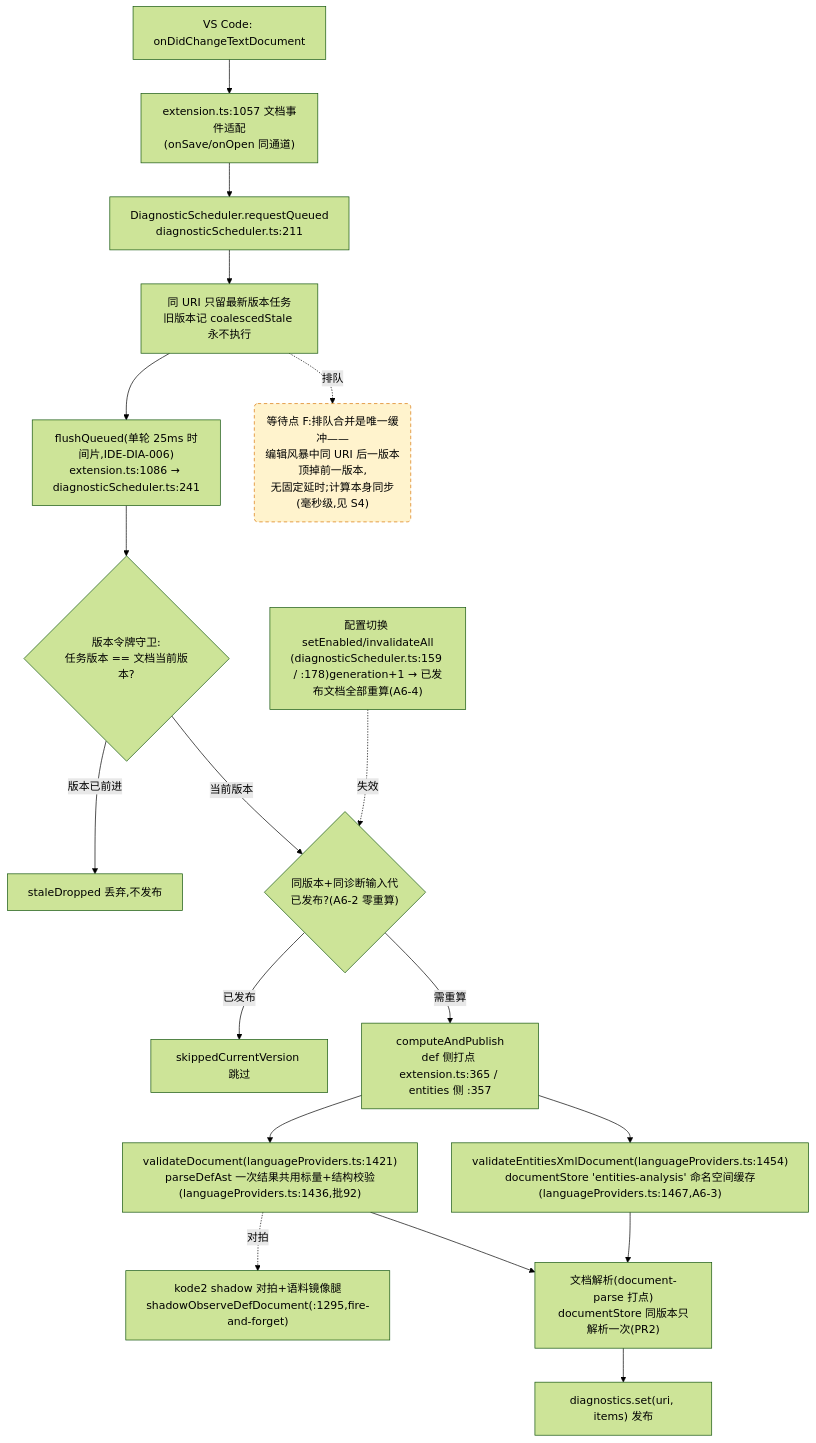
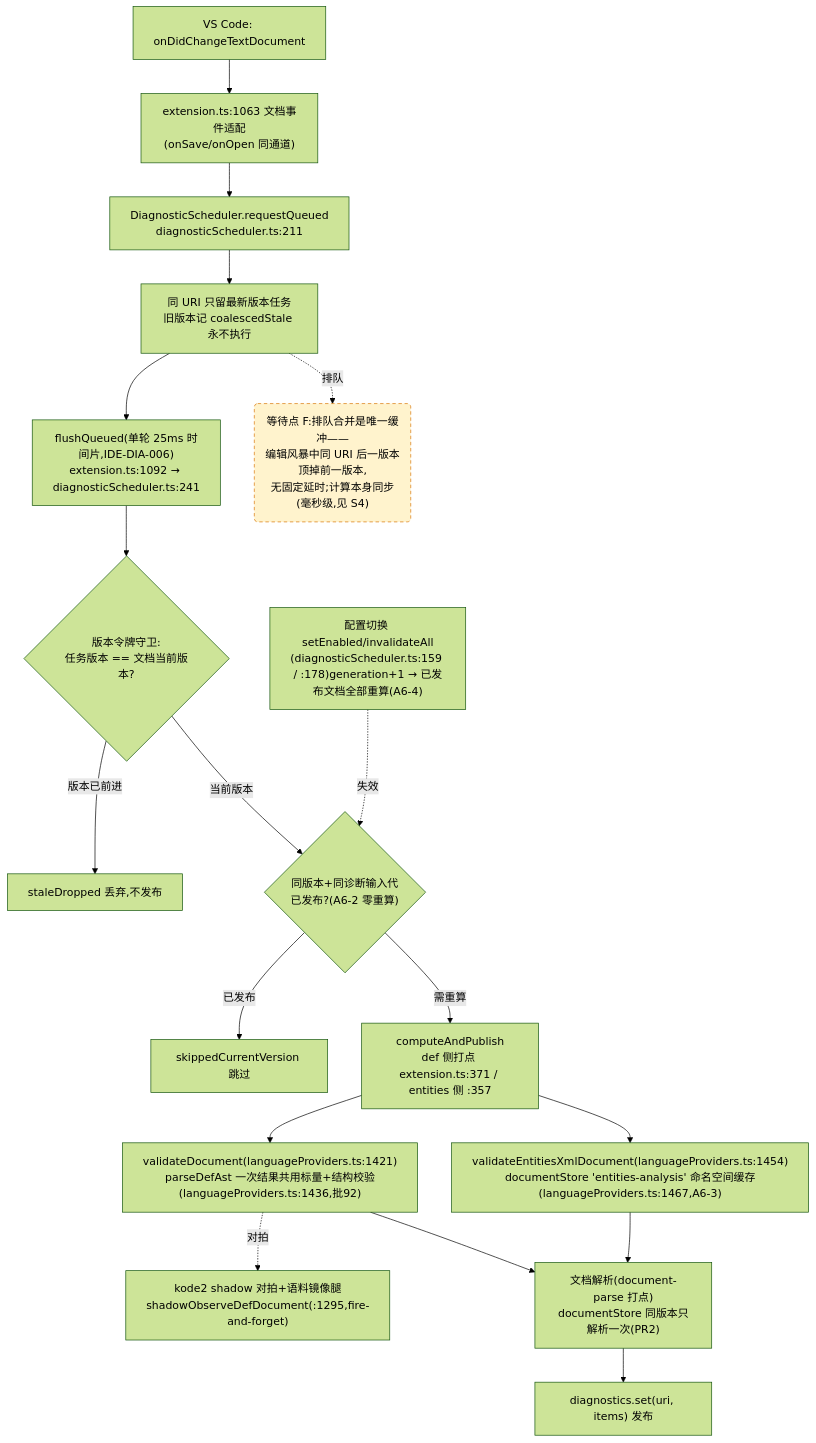
The fourth of 4 diagrams in docs/perf/2026-baseline.md (cuihairu/kode), drawn with Mermaid (forest theme) before and after one commit. The commit also changed other lines of this file and 13 other files, not shown here.

````diff
--- a/docs/perf/2026-baseline.md
+++ b/docs/perf/2026-baseline.md
@@ -214,38 +214,38 @@
 ```mermaid
 flowchart TD
   CHG["VS Code: onDidChangeTextDocument"]
-  WATCH["extension.ts:1057 文档事件适配<br/>(onSave/onOpen 同通道)"]
+  WATCH["extension.ts:1063 文档事件适配<br/>(onSave/onOpen 同通道)"]
   RQ["DiagnosticScheduler.requestQueued<br/>diagnosticScheduler.ts:211"]
   CO["同 URI 只留最新版本任务<br/>旧版本记 coalescedStale 永不执行"]
-  FL["flushQueued(单轮 25ms 时间片,IDE-DIA-006)<br/>extension.ts:1086 → diagnosticScheduler.ts:241"]
+  FL["flushQueued(单轮 25ms 时间片,IDE-DIA-006)<br/>extension.ts:1092 → diagnosticScheduler.ts:241"]
   VG{"版本令牌守卫:<br/>任务版本 == 文档当前版本?"}
   DROP["staleDropped 丢弃,不发布"]
   GEN{"同版本+同诊断输入代<br/>已发布?(A6-2 零重算)"}
   SKIP["skippedCurrentVersion 跳过"]
-  CALC["computeAndPublish<br/>def 侧打点 extension.ts:365 / entities 侧 :357"]
+  CALC["computeAndPublish<br/>def 侧打点 extension.ts:371 / entities 侧 :357"]
   VD["validateDocument(languageProviders.ts:1421)<br/>parseDefAst 一次结果共用标量+结构校验(languageProviders.ts:1436,批92)"]
   VEX["validateEntitiesXmlDocument(languageProviders.ts:1454)<br/>documentStore 'entities-analysis' 命名空间缓存(languageProviders.ts:1467,A6-3)"]
   SHDD["kode2 shadow 对拍+语料镜像腿<br/>shadowObserveDefDocument(:1295,fire-and-forget)"]
   DS["文档解析(document-parse 打点)<br/>documentStore 同版本只解析一次(PR2)"]
   PUB["diagnostics.set(uri, items) 发布"]
   CFG2["配置切换 setEnabled/invalidateAll<br/>(diagnosticScheduler.ts:159 / :178)generation+1 → 已发布文档全部重算(A6-4)"]
 
   CHG --> WATCH --> RQ --> CO --> FL --> VG
   VG -- "版本已前进" --> DROP
   VG -- "当前版本" --> GEN
   GEN -- "已发布" --> SKIP
   GEN -- "需重算" --> CALC
   CALC --> VD
   CALC --> VEX
   VD --> DS
   VEX --> DS
   DS --> PUB
   VD -.->|对拍| SHDD
   CFG2 -.->|失效| GEN
 
   WAITF("等待点 F:排队合并是唯一缓冲——<br/>编辑风暴中同 URI 后一版本顶掉前一版本,<br/>无固定延时;计算本身同步(毫秒级,见 S4)")
   CO -.->|排队| WAITF
 
   classDef waitPoint fill:#fff3cd,stroke:#d97706,stroke-dasharray:5 4;
   class WAITF waitPoint;
 ```
````
